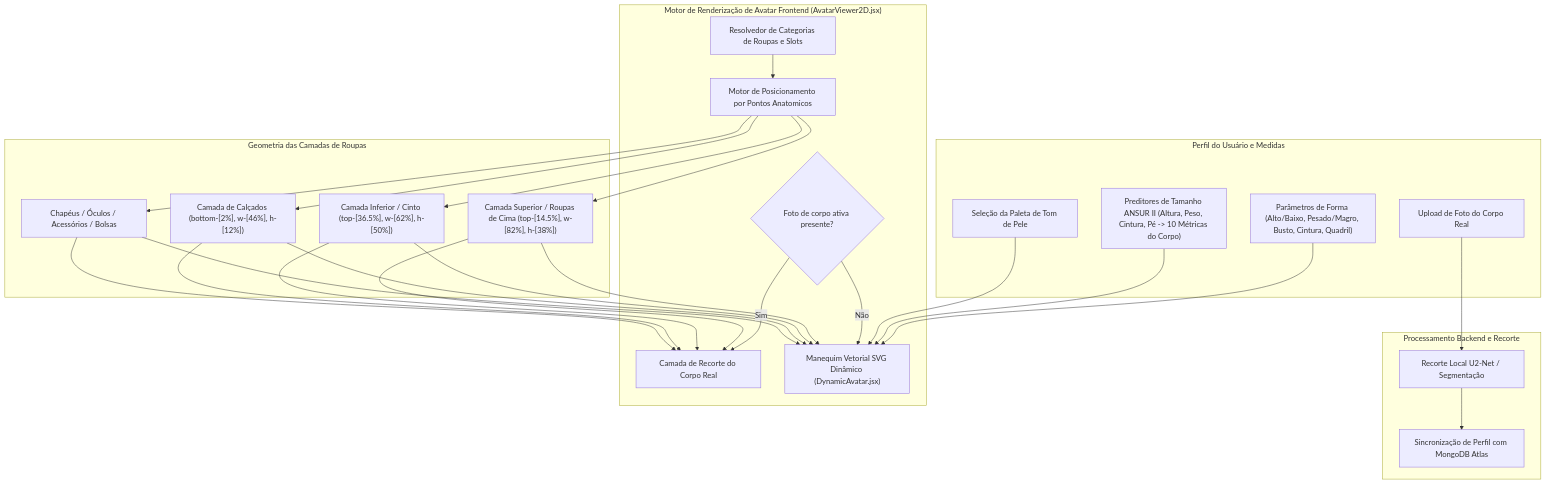
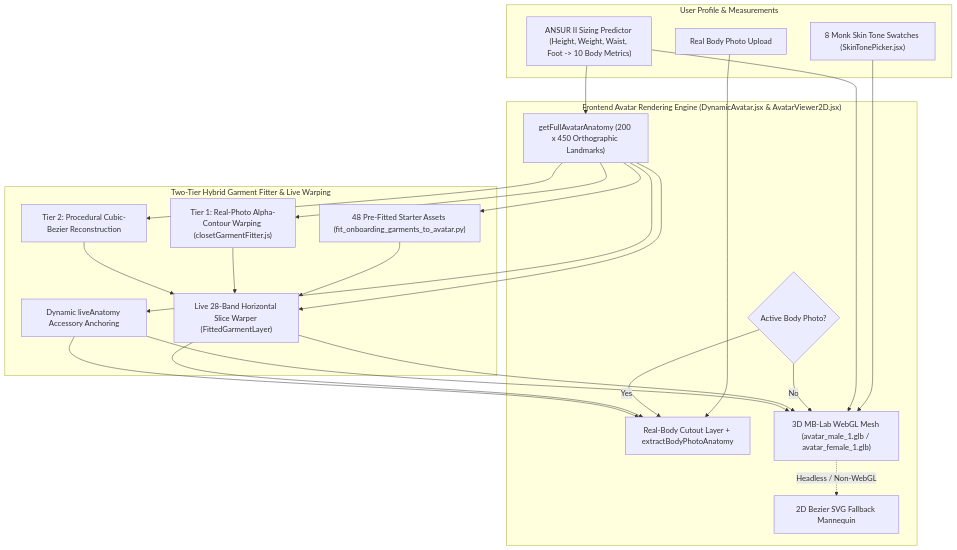
Before and after one commit to Yoram-Jacobs/DressAppV1: the diagram in apps/web/public/wiki/pt/Avatar.md, drawn with Mermaid. The commit also changed other lines of this file and 249 other files, not shown here.

Commit message:
fix(avatar): restore 3D dynamic avatar in Saved Outfits canvas and sync garment coordinate mappings and translations

````diff
--- a/apps/web/public/wiki/pt/Avatar.md
+++ b/apps/web/public/wiki/pt/Avatar.md
@@ -17,41 +17,34 @@
 ```mermaid
 flowchart TD
-    subgraph UserProfile["Perfil do Usuário e Medidas"]
-        U_Photo["Upload de Foto do Corpo Real"]
-        U_Tone["Seleção da Paleta de Tom de Pele"]
-        U_Params["Parâmetros de Forma (Alto/Baixo, Pesado/Magro, Busto, Cintura, Quadril)"]
-        U_Sizing["Preditores de Tamanho ANSUR II (Altura, Peso, Cintura, Pé -> 10 Métricas do Corpo)"]
+    subgraph UserProfile["User Profile & Measurements"]
+        U_Photo["Real Body Photo Upload"]
+        U_Tone["8 Monk Skin Tone Swatches (SkinTonePicker.jsx)"]
+        U_Sizing["ANSUR II Sizing Predictor (Height, Weight, Waist, Foot -> 10 Body Metrics)"]
     end
 
-    subgraph BackendIngest["Processamento Backend e Recorte"]
-        Rembg["Recorte Local U2-Net / Segmentação"]
-        Mongo["Sincronização de Perfil com MongoDB Atlas"]
+    subgraph AvatarEngine["Frontend Avatar Rendering Engine (DynamicAvatar.jsx & AvatarViewer2D.jsx)"]
+        ModeCheck{"Active Body Photo?"}
+        PhotoView["Real-Body Cutout Layer + extractBodyPhotoAnatomy"]
+        Mesh3DView["3D MB-Lab WebGL Mesh (avatar_male_1.glb / avatar_female_1.glb)"]
+        SvgFallback["2D Bezier SVG Fallback Mannequin"]
+        AnatomyEngine["getFullAvatarAnatomy (200 x 450 Orthographic Landmarks)"]
     end
 
-    subgraph AvatarEngine["Motor de Renderização de Avatar Frontend (AvatarViewer2D.jsx)"]
-        ModeCheck{"Foto de corpo ativa presente?"}
-        PhotoView["Camada de Recorte do Corpo Real"]
-        MannequinView["Manequim Vetorial SVG Dinâmico (DynamicAvatar.jsx)"]
-        
-        GarmentResolver["Resolvedor de Categorias de Roupas e Slots"]
-        LandmarkCalc["Motor de Posicionamento por Pontos Anatomicos"]
+    subgraph GarmentFitting["Two-Tier Hybrid Garment Fitter & Live Warping"]
+        StarterCapsule["48 Pre-Fitted Starter Assets (fit_onboarding_garments_to_avatar.py)"]
+        Tier1Warp["Tier 1: Real-Photo Alpha-Contour Warping (closetGarmentFitter.js)"]
+        Tier2Bezier["Tier 2: Procedural Cubic-Bezier Reconstruction"]
+        SliceWarper["Live 28-Band Horizontal Slice Warper (FittedGarmentLayer)"]
+        AccessoryAnchor["Dynamic liveAnatomy Accessory Anchoring"]
     end
 
-    subgraph OverlayGeometry["Geometria das Camadas de Roupas"]
-        TopLayer["Camada Superior / Roupas de Cima (top-[14.5%], w-[82%], h-[38%])"]
-        BottomLayer["Camada Inferior / Cinto (top-[36.5%], w-[62%], h-[50%])"]
-        ShoesLayer["Camada de Calçados (bottom-[2%], w-[46%], h-[12%])"]
-        AccessoryLayers["Chapéus / Óculos / Acessórios / Bolsas"]
-    end
-
-    U_Photo --> Rembg --> Mongo
-    U_Params & U_Sizing --> MannequinView
-    U_Tone --> MannequinView
-    
-    ModeCheck -- Sim --> PhotoView
-    ModeCheck -- Não --> MannequinView
-
-    GarmentResolver --> LandmarkCalc
-    LandmarkCalc --> TopLayer & BottomLayer & ShoesLayer & AccessoryLayers
-    TopLayer & BottomLayer & ShoesLayer & AccessoryLayers --> PhotoView & MannequinView
+    U_Photo --> PhotoView
+    U_Tone & U_Sizing --> Mesh3DView
+    U_Sizing --> AnatomyEngine
+    ModeCheck -- Yes --> PhotoView
+    ModeCheck -- No --> Mesh3DView
+    Mesh3DView -. "Headless / Non-WebGL" .-> SvgFallback
+    AnatomyEngine --> StarterCapsule & Tier1Warp & Tier2Bezier & SliceWarper & AccessoryAnchor
+    StarterCapsule & Tier1Warp & Tier2Bezier --> SliceWarper
+    SliceWarper & AccessoryAnchor --> PhotoView & Mesh3DView
 ```
````
